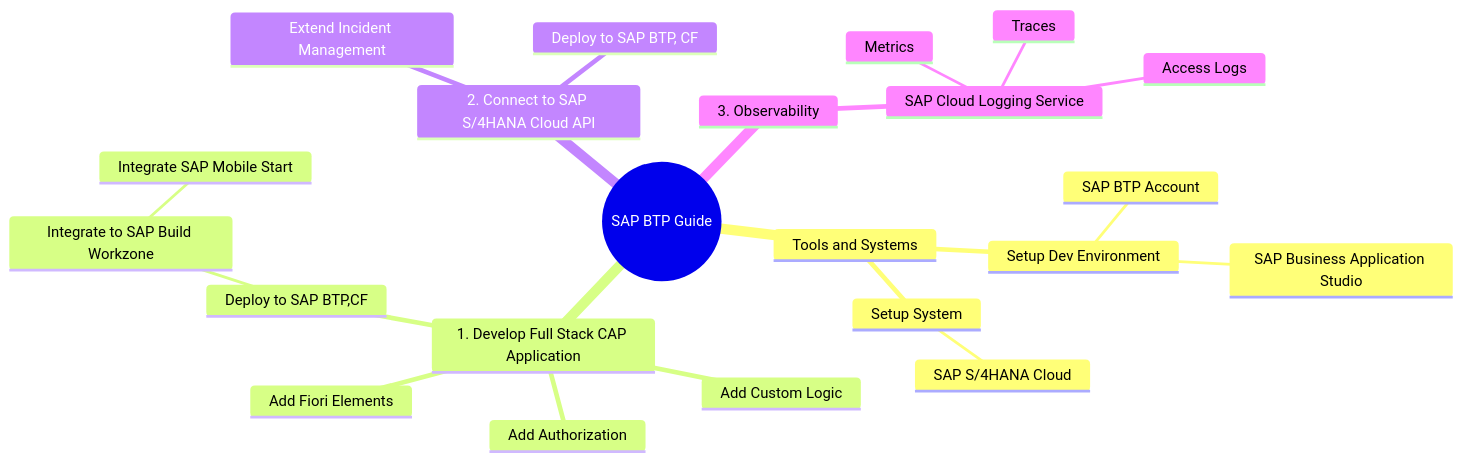
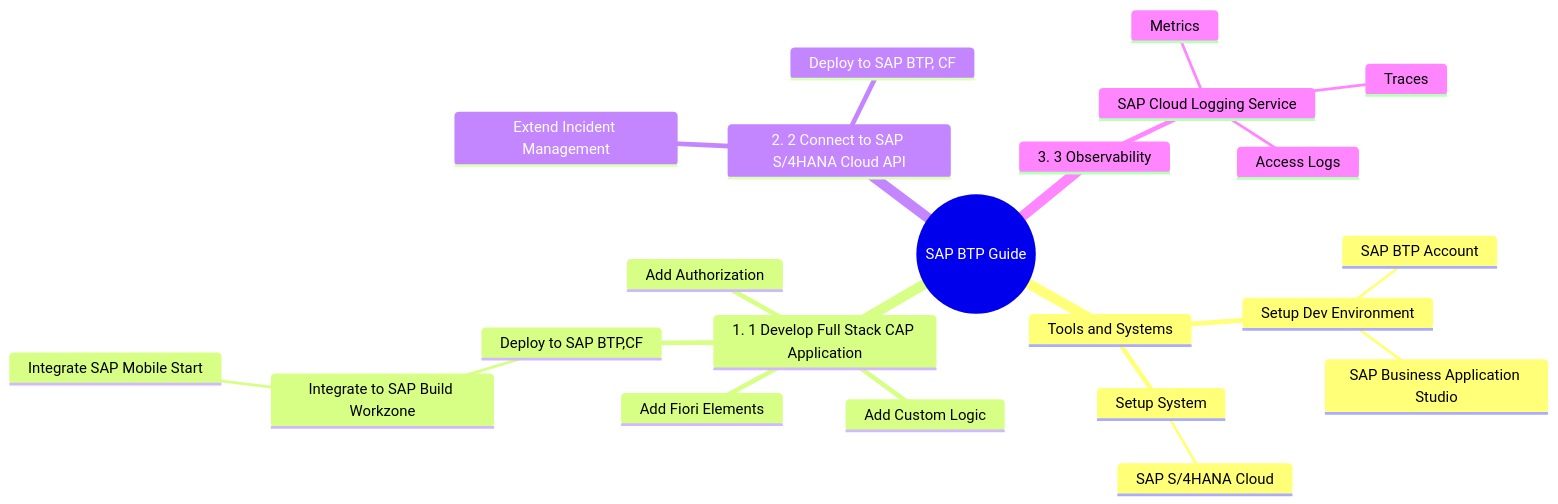
Before and after one commit to SAP-samples/btp-end-to-end-scenario-use-cases: the first of 4 diagrams in topic3/README.md, drawn with Mermaid.

````diff
--- a/topic3/README.md
+++ b/topic3/README.md
@@ -9,25 +9,25 @@
 ```mermaid
    mindmap
   root((SAP BTP Guide))
     Tools and Systems
       Setup Dev Environment
         SAP BTP Account
         SAP Business Application Studio
       Setup System   
         SAP S/4HANA Cloud
-    1. Develop Full Stack CAP Application 
+    1. 1 Develop Full Stack CAP Application 
       Add Custom Logic
       Add Fiori Elements
       Add Authorization
       Deploy to SAP BTP,CF
         Integrate to SAP Build Workzone
           Integrate SAP Mobile Start
-    2. Connect to SAP S/4HANA Cloud API
+    2. 2 Connect to SAP S/4HANA Cloud API
       Extend Incident Management
       Deploy to SAP BTP, CF
-    3. Observability
+    3. 3 Observability
       SAP Cloud Logging Service
         Access Logs
         Metrics
         Traces
 ```
````
